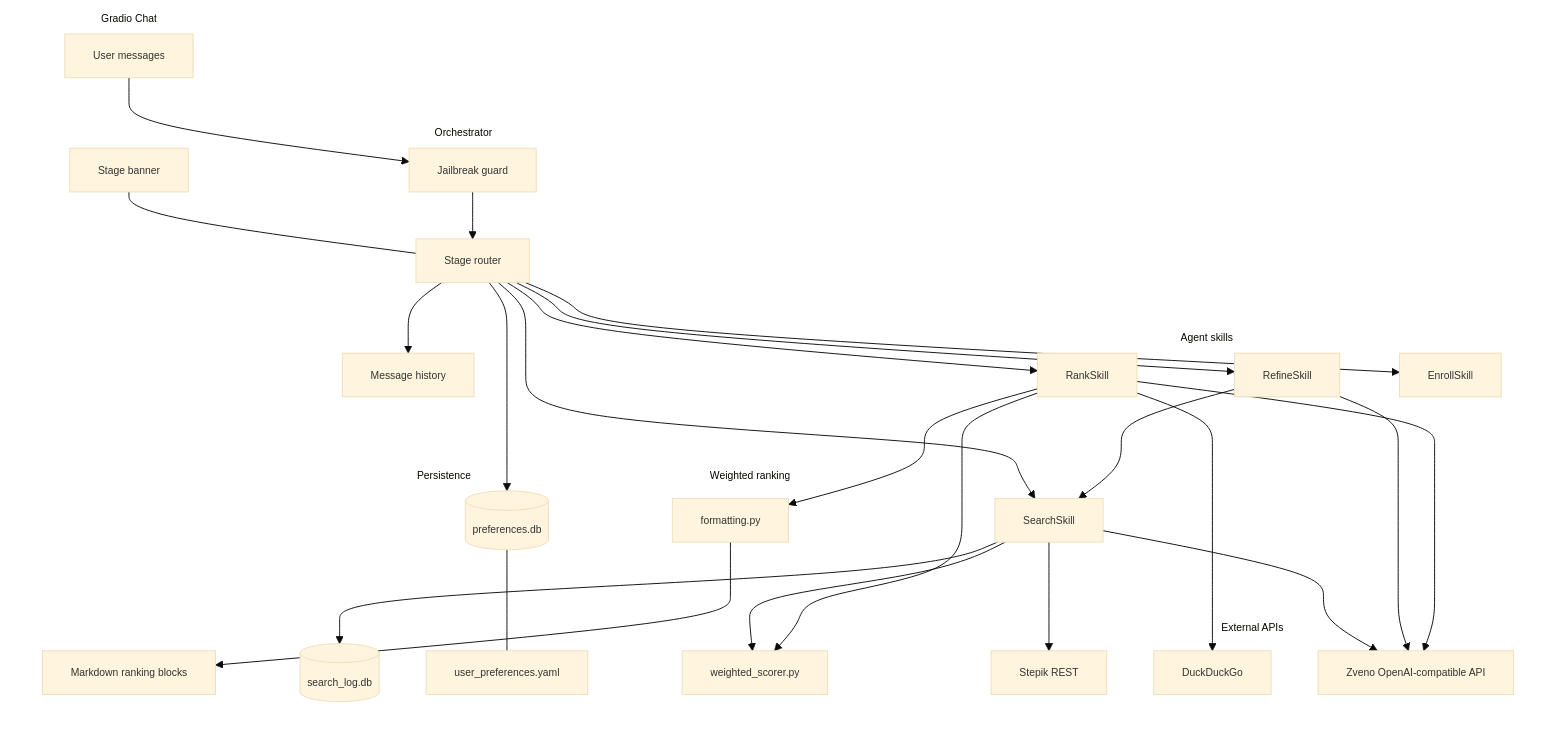
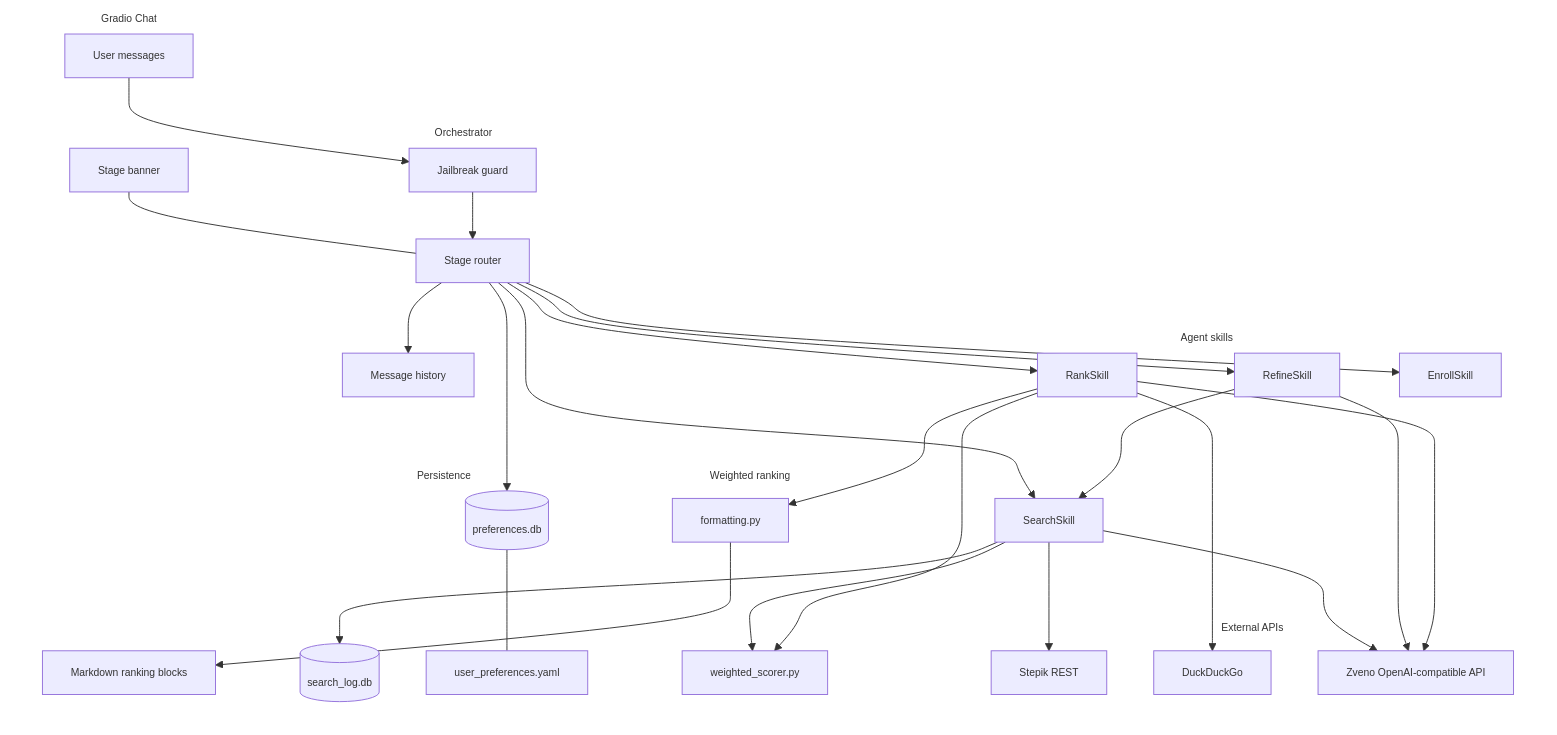
One commit to pymlex/stepik-agent changed the first of 2 diagrams in README.md. Above: the diagram before and after it, drawn with Mermaid.

Commit message:
Changed mermaid bg in README.md

````diff
--- a/README.md
+++ b/README.md
@@ -11,67 +11,66 @@
 ```mermaid
 %%{init: {
-  "theme": "base",
   "themeVariables": {
     "fontSize": "11px",
     "clusterBkg": "none",
     "clusterBorder": "none"
   }
 }}%%
 flowchart TB
     subgraph UI["Gradio Chat"]
         U[User messages]
         SB[Stage banner]
         MD[Markdown ranking blocks]
     end
 
     subgraph ORCH["Orchestrator"]
         H[Message history]
         JB[Jailbreak guard]
         ROUTE[Stage router]
     end
 
     subgraph SKILLS["Agent skills"]
         SQ[SearchSkill]
         RF[RefineSkill]
         RK[RankSkill]
         EN[EnrollSkill]
     end
 
     subgraph RANK["Weighted ranking"]
         WS[weighted_scorer.py]
         FMT[formatting.py]
     end
 
     subgraph DATA["Persistence"]
         PREF[(preferences.db)]
         SLOG[(search_log.db)]
         YAML[user_preferences.yaml]
     end
 
     subgraph EXTERNAL["External APIs"]
         API[Stepik REST]
         DDG[DuckDuckGo]
         LLM[Zveno OpenAI-compatible API]
     end
 
     U --> JB --> ROUTE
     ROUTE --> H
     ROUTE --> SQ
     SQ --> LLM
     SQ --> API
     SQ --> SLOG
     SQ --> WS
     ROUTE --> RF
     RF --> LLM
     RF --> SQ
     ROUTE --> RK
     RK --> LLM
     RK --> DDG
     RK --> WS
     RK --> FMT
     FMT --> MD
     ROUTE --> EN
     PREF --- YAML
     ROUTE --> PREF
     SB --- ROUTE
 ```
````
